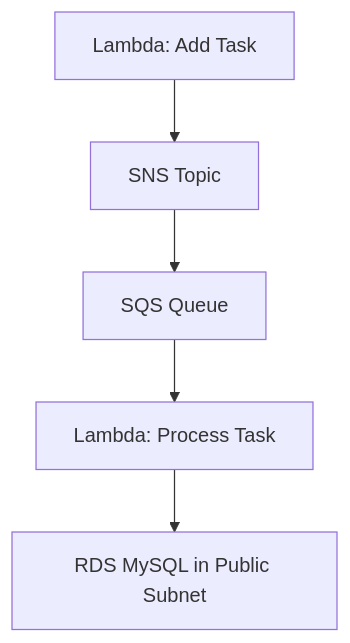
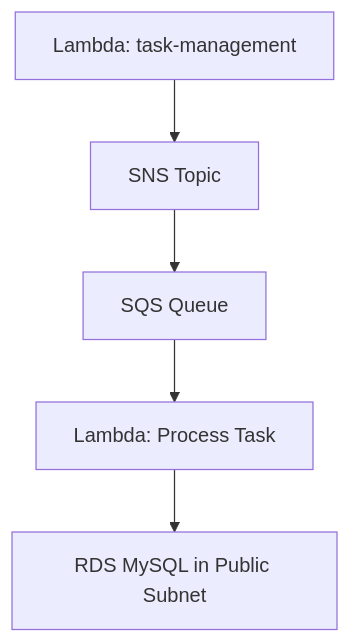
Before and after one commit to Flaatten/cloud-2026: the third of 4 diagrams in uke_4/md/veiledet-oppgave/aws_1.md, drawn with Mermaid. The commit also changed other lines of this file and 2 other files, not shown here.

````diff
--- a/uke_4/md/veiledet-oppgave/aws_1.md
+++ b/uke_4/md/veiledet-oppgave/aws_1.md
@@ -394,7 +391,7 @@
 ```mermaid
 graph TD
-  A[Lambda: Add Task] --> B[SNS Topic]
+  A[Lambda: task-management] --> B[SNS Topic]
   B --> C[SQS Queue]
   C --> D[Lambda: Process Task]
   D --> E[RDS MySQL in Public Subnet]
 ```
````
